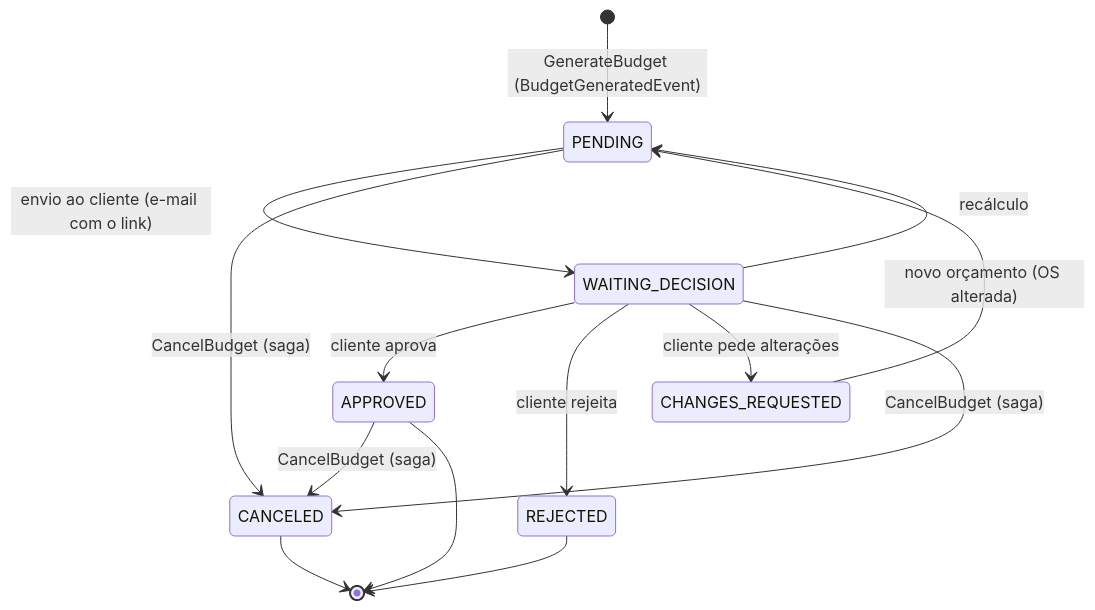
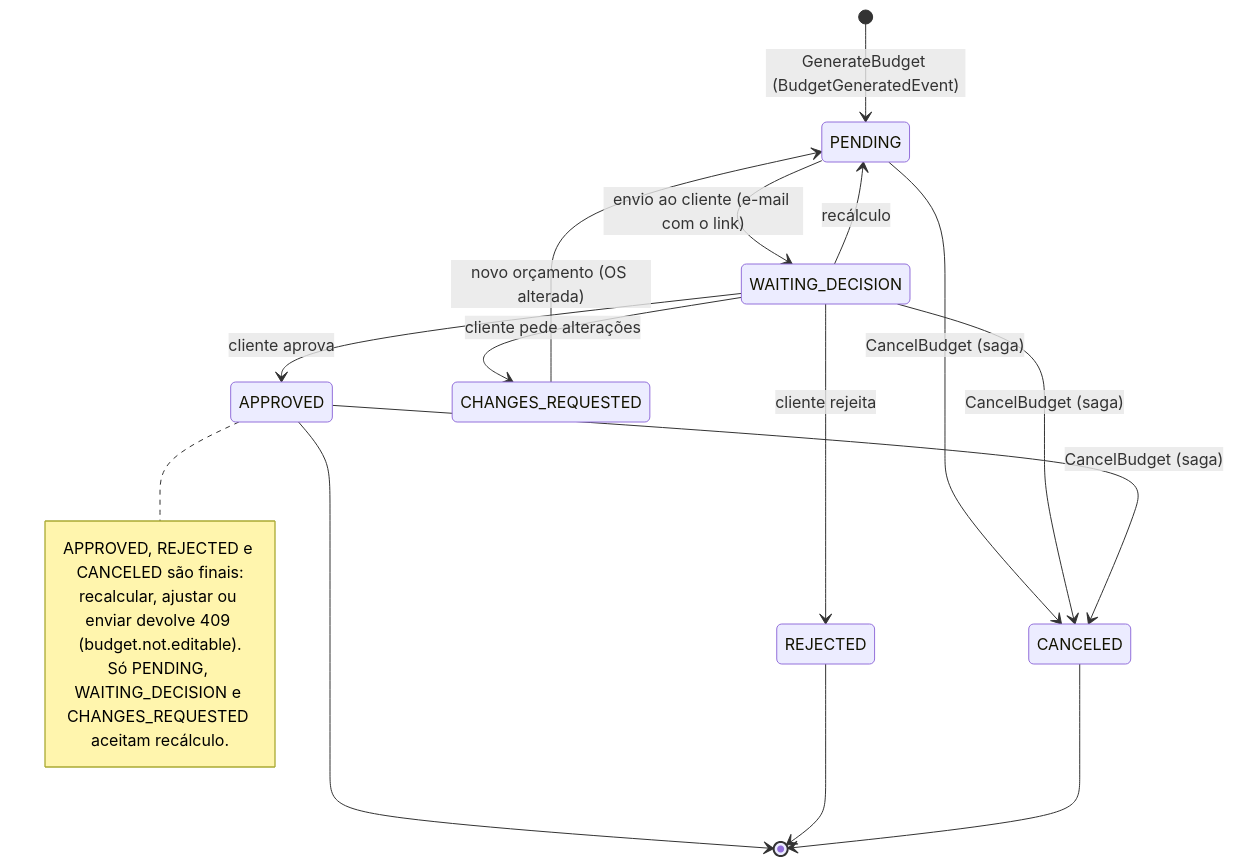
Before and after one commit to mecanica-dm/mecanicadm-finance-api-v4: the sixth of 6 diagrams in README.md, drawn with Mermaid. The commit also changed 11 other files, not shown here.

Commit message:
fix(budget): Ajustes fluxo changesrequested and rejected/canceled

````diff
--- a/README.md
+++ b/README.md
@@ -270,16 +270,21 @@
 ```mermaid
 stateDiagram-v2
     [*] --> PENDING: GenerateBudget (BudgetGeneratedEvent)
     PENDING --> WAITING_DECISION: envio ao cliente (e-mail com o link)
     WAITING_DECISION --> APPROVED: cliente aprova
     WAITING_DECISION --> REJECTED: cliente rejeita
     WAITING_DECISION --> CHANGES_REQUESTED: cliente pede alterações
     CHANGES_REQUESTED --> PENDING: novo orçamento (OS alterada)
     WAITING_DECISION --> PENDING: recálculo
     PENDING --> CANCELED: CancelBudget (saga)
     WAITING_DECISION --> CANCELED: CancelBudget (saga)
     APPROVED --> CANCELED: CancelBudget (saga)
     APPROVED --> [*]
     REJECTED --> [*]
     CANCELED --> [*]
+    note right of APPROVED
+        APPROVED, REJECTED e CANCELED são finais:
+        recalcular, ajustar ou enviar devolve 409 (budget.not.editable).
+        Só PENDING, WAITING_DECISION e CHANGES_REQUESTED aceitam recálculo.
+    end note
 ```
````
